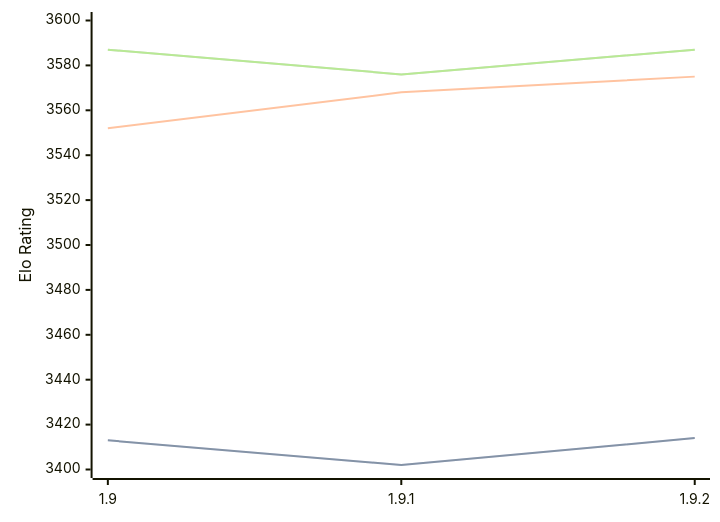
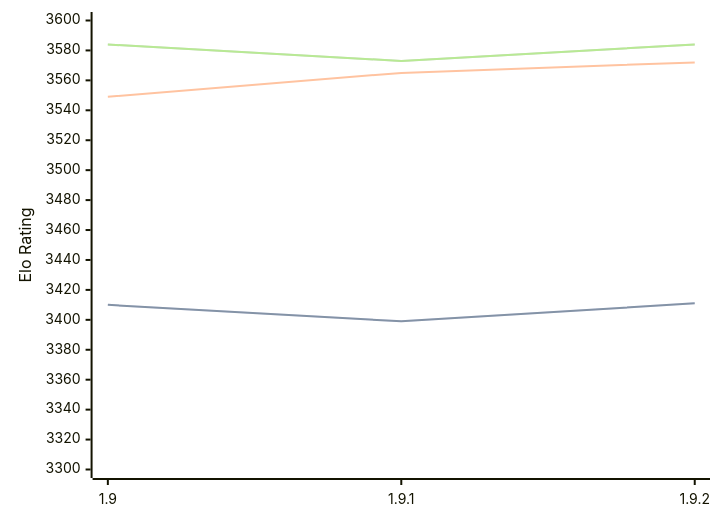
One commit to computer-chess-index/cci changed the diagram in engines/Pawnocchio.md. Above: the diagram before and after it, drawn with Mermaid. The commit also changed other lines of this file, not shown here.

Commit message:
Update CCI Ratings (ELO VLTC) - 2026-04-23

````diff
--- a/engines/Pawnocchio.md
+++ b/engines/Pawnocchio.md
@@ -48,11 +48,11 @@
 ```mermaid
 %%{init: {"theme":"base","themeVariables":{"seriesColors:['#a3a3a3','#222221','#faa371']}}}%%
 xychart-beta
   x-axis ["1.9", "1.9.1", "1.9.2"]
-  y-axis "Elo Rating" 3400 --> 3600
-  line "STC (8.0+0.08s)" [3413, 3402, 3414]
-  line "STC (8.0+0.08s)" [3413, 3402, 3414]
-  line "LTC (60.0+0.60s)" [3552, 3568, 3575]
-  line "VLTC (2m24s+1.12s)" [3587, 3576, 3587]
-  line "VLTC (2m24s+1.12s)" [3587, 3576, 3587]
+  y-axis "Elo Rating" 3300 --> 3600
+  line "STC (8.0+0.08s)" [3410, 3399, 3411]
+  line "STC (8.0+0.08s)" [3410, 3399, 3411]
+  line "LTC (60.0+0.60s)" [3549, 3565, 3572]
+  line "VLTC (2m24s+1.12s)" [3584, 3573, 3584]
+  line "VLTC (2m24s+1.12s)" [3584, 3573, 3584]
 ```
````
